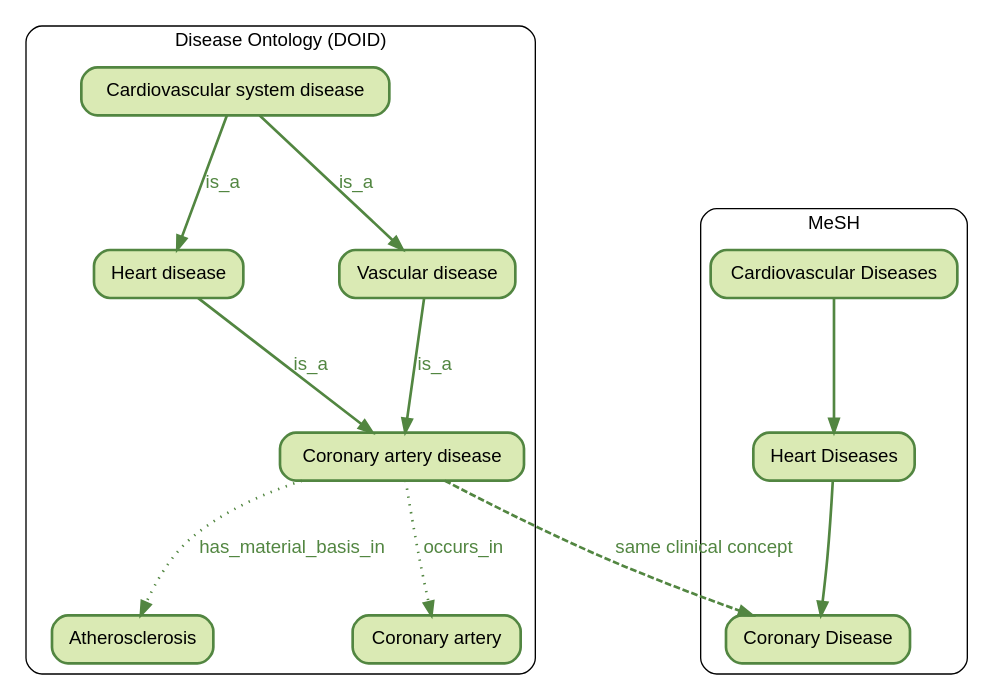
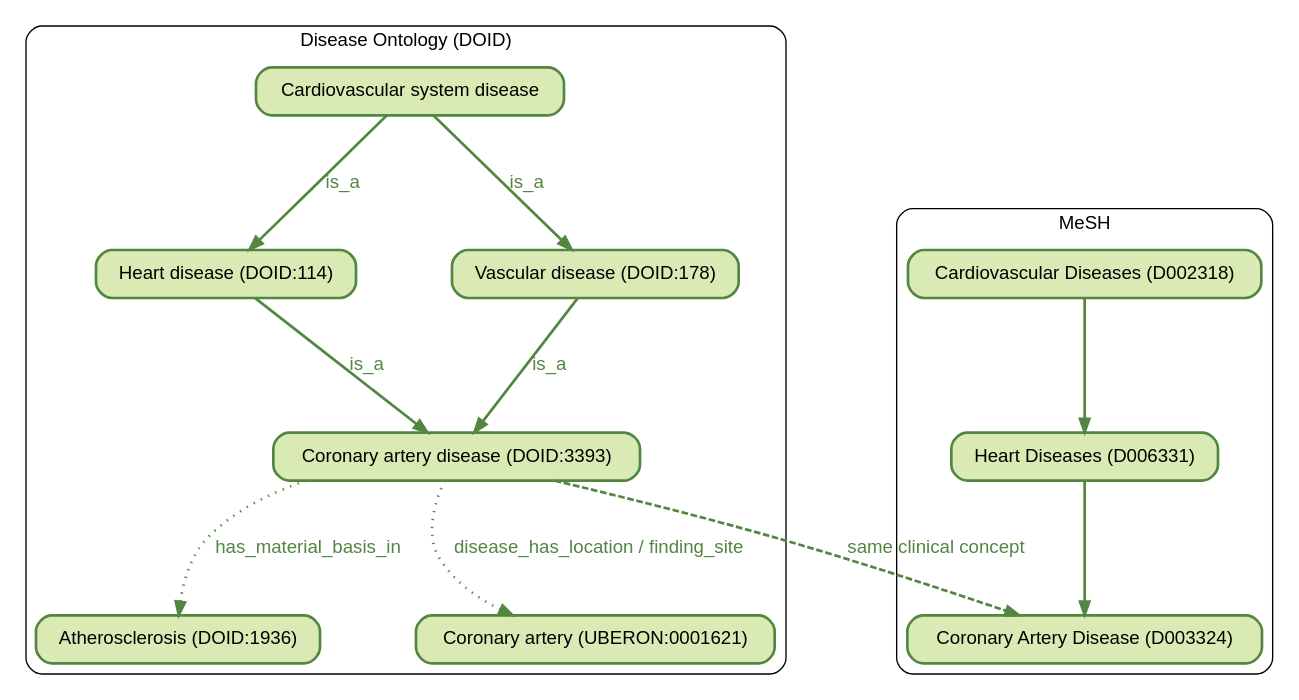
Before and after one commit to chStaiger/rdm-tech-foundations: the first of 2 diagrams in book/metadata.qmd, drawn with Graphviz. The commit also changed other lines of this file, not shown here.

Commit message:
add identifiers and correct trees

```diff
--- a/book/metadata.qmd
+++ b/book/metadata.qmd
@@ -155,11 +155,11 @@
         style="rounded";
 
         DOID_CVD [label="Cardiovascular system disease"];
-        DOID_HD  [label="Heart disease"];
-        DOID_VD  [label="Vascular disease"];
-        DOID_Ath [label="Atherosclerosis"];
-        DOID_CA  [label="Coronary artery"];
-        DOID_CAD [label="Coronary artery disease"];
+        DOID_HD  [label="Heart disease (DOID:114)"];
+        DOID_VD  [label="Vascular disease (DOID:178)"];
+        DOID_Ath [label="Atherosclerosis (DOID:1936)"];
+        DOID_CA  [label="Coronary artery (UBERON:0001621)"];
+        DOID_CAD [label="Coronary artery disease (DOID:3393)"];
 
         // Ontology hierarchy (is_a)
         DOID_CVD -> DOID_HD[label="is_a"];
@@ -167,7 +167,7 @@
 
         // Ontology logical relations
         DOID_CAD -> DOID_Ath [label="has_material_basis_in", style=dotted];
-        DOID_CAD -> DOID_CA  [label="occurs_in", style=dotted];
+        DOID_CAD -> DOID_CA  [label="disease_has_location / finding_site", style=dotted];
 
         // Multiple inheritance example
         DOID_HD -> DOID_CAD[label="is_a"];
@@ -181,9 +181,9 @@
         label="MeSH";
         style="rounded";
 
-        MeSH_CVD [label="Cardiovascular Diseases"];
-        MeSH_HD  [label="Heart Diseases"];
-        MeSH_CAD [label="Coronary Disease"];
+        MeSH_CVD [label="Cardiovascular Diseases (D002318)"];
+        MeSH_HD  [label="Heart Diseases (D006331)"];
+        MeSH_CAD [label="Coronary Artery Disease (D003324)"];
 
         // Strict tree structure
         MeSH_CVD -> MeSH_HD;
```
